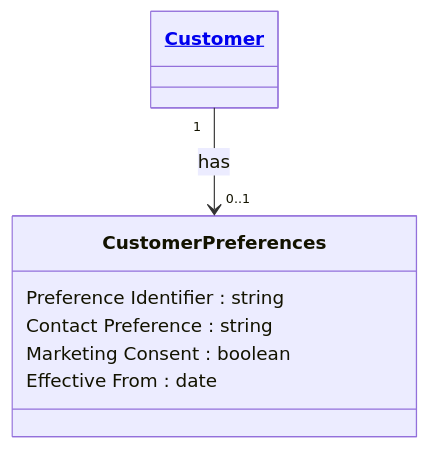
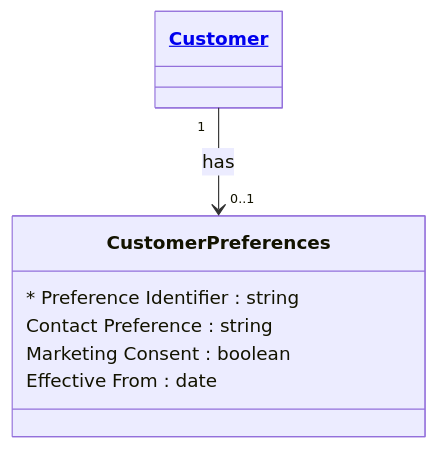
Before and after one commit to Semprini/md-ddl: the diagram in examples/Financial Crime/entities/customer-preferences.md, drawn with Mermaid. The commit also changed 60 other files, not shown here.

````diff
--- a/examples/Financial Crime/entities/customer-preferences.md
+++ b/examples/Financial Crime/entities/customer-preferences.md
@@ -9,17 +9,17 @@
 ```mermaid
 ---
 config:
   layout: elk
 ---
 classDiagram
   class CustomerPreferences{
-    Preference Identifier : string
+    * Preference Identifier : string
     Contact Preference : string
     Marketing Consent : boolean
     Effective From : date
   }
 
   Customer "1" --> "0..1" CustomerPreferences : has
 
   class Customer["<a href='customer.md'>Customer</a>"]
 ```
````
